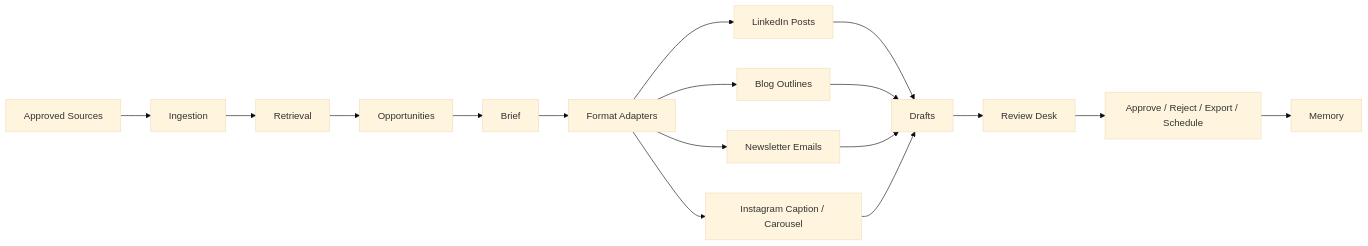
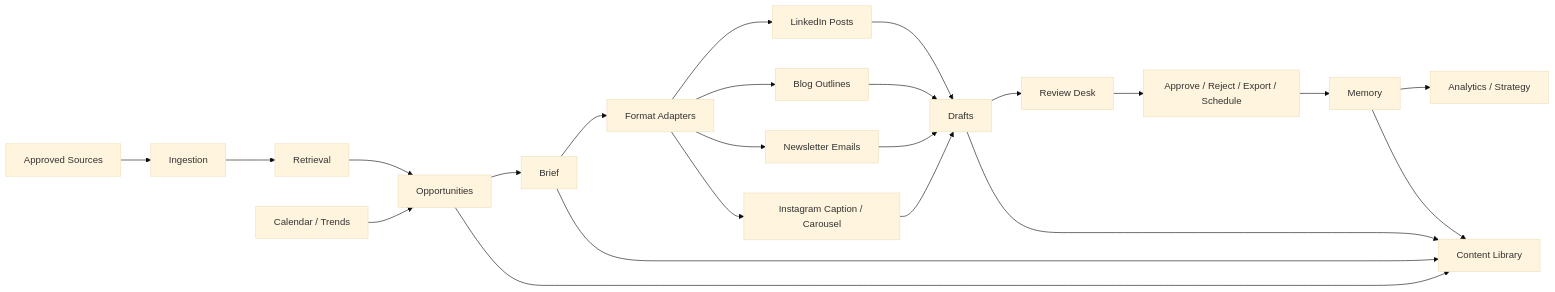
The diagram in README.md (quainy-labs/Quainy-Vouch), drawn with Mermaid (base theme) before and after one commit. The commit also changed other lines of this file and 28 other files, not shown here.

````diff
--- a/README.md
+++ b/README.md
@@ -109,19 +119,25 @@
 ```mermaid
 flowchart LR
     A["Approved Sources"] --> B["Ingestion"]
     B --> C["Retrieval"]
     C --> D["Opportunities"]
+    K["Calendar / Trends"] --> D
     D --> E["Brief"]
     E --> F["Format Adapters"]
     F --> F1["LinkedIn Posts"]
     F --> F2["Blog Outlines"]
     F --> F3["Newsletter Emails"]
     F --> F4["Instagram Caption / Carousel"]
     F1 --> G["Drafts"]
     F2 --> G
     F3 --> G
     F4 --> G
     G --> H["Review Desk"]
     H --> I["Approve / Reject / Export / Schedule"]
     I --> J["Memory"]
+    J --> L["Analytics / Strategy"]
+    D --> M["Content Library"]
+    E --> M
+    G --> M
+    J --> M
 ```
````
